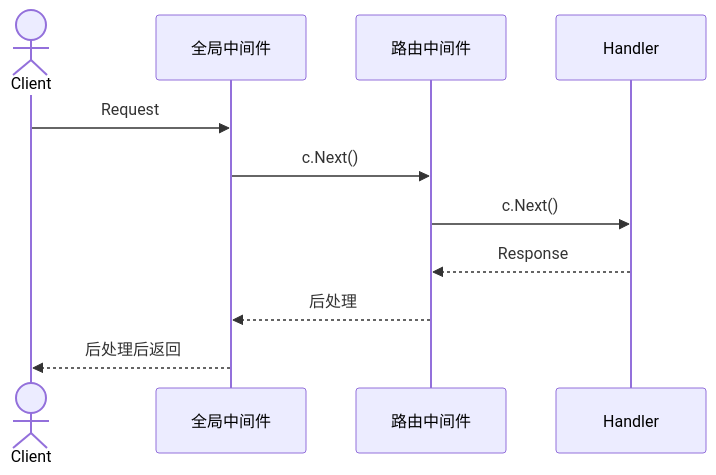
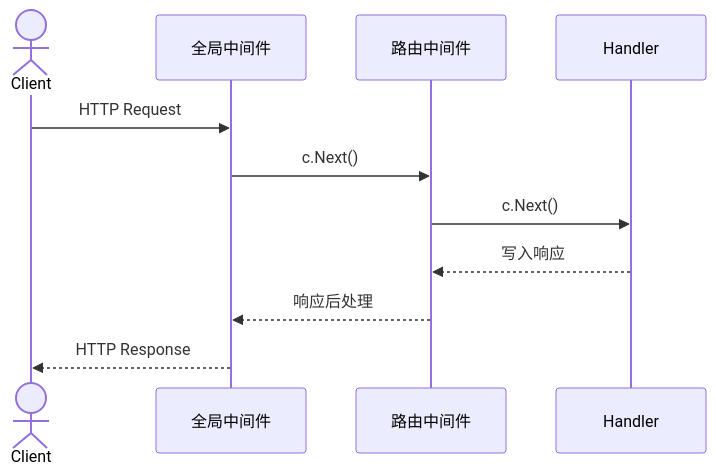
Before and after one commit to RedInn7/gomall: the diagram in docs/lecture/16-middleware.md, drawn with Mermaid. The commit also changed other lines of this file and 1 other file, not shown here.

````diff
--- a/docs/lecture/16-middleware.md
+++ b/docs/lecture/16-middleware.md
@@ -40,13 +68,13 @@
 ```mermaid
 sequenceDiagram
-    actor C as Client
-    participant A as 全局中间件
-    participant B as 路由中间件
+    actor Client
+    participant G as 全局中间件
+    participant R as 路由中间件
     participant H as Handler
-    C->>A: Request
-    A->>B: c.Next()
-    B->>H: c.Next()
-    H-->>B: Response
-    B-->>A: 后处理
-    A-->>C: 后处理后返回
+    Client->>G: HTTP Request
+    G->>R: c.Next()
+    R->>H: c.Next()
+    H-->>R: 写入响应
+    R-->>G: 响应后处理
+    G-->>Client: HTTP Response
 ```
````
